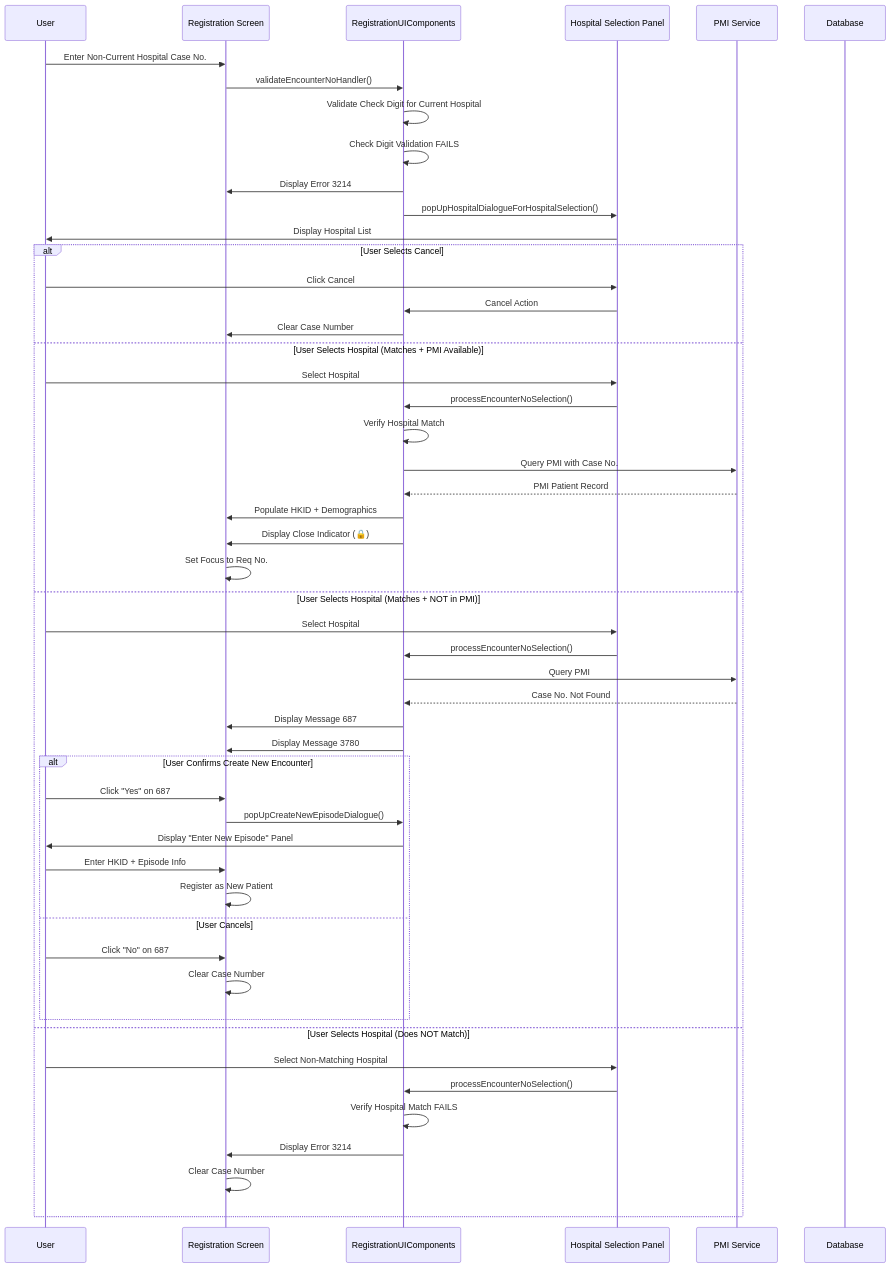
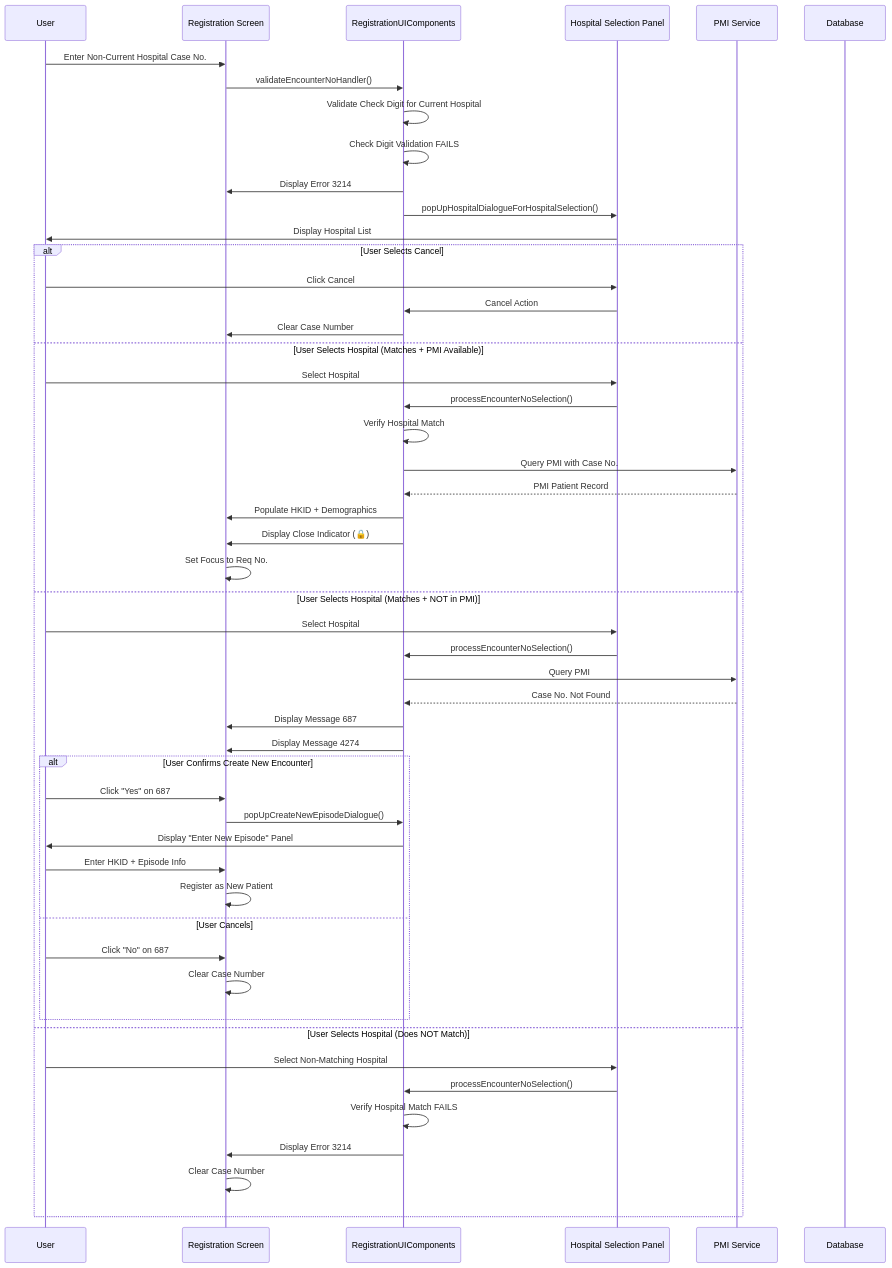
The third of 4 diagrams in Knowledge Base/01_Screens/Registration/Workflows/Retrieve Patient by Encounter Number.md (DragonChong/HA-Notes), drawn with Mermaid before and after one commit. The commit also changed other lines of this file and 1 other file, not shown here.

````diff
--- a/Knowledge Base/01_Screens/Registration/Workflows/Retrieve Patient by Encounter Number.md
+++ b/Knowledge Base/01_Screens/Registration/Workflows/Retrieve Patient by Encounter Number.md
@@ -277,55 +277,55 @@
 ```mermaid
 sequenceDiagram
     participant User
     participant RegScreen as Registration Screen
     participant RegUIComp as RegistrationUIComponents
     participant HospitalPanel as Hospital Selection Panel
     participant PMI as PMI Service
     participant Database
     
     User->>RegScreen: Enter Non-Current Hospital Case No.
     RegScreen->>RegUIComp: validateEncounterNoHandler()
     RegUIComp->>RegUIComp: Validate Check Digit for Current Hospital
     RegUIComp->>RegUIComp: Check Digit Validation FAILS
     RegUIComp->>RegScreen: Display Error 3214
     RegUIComp->>HospitalPanel: popUpHospitalDialogueForHospitalSelection()
     HospitalPanel->>User: Display Hospital List
     
     alt User Selects Cancel
         User->>HospitalPanel: Click Cancel
         HospitalPanel->>RegUIComp: Cancel Action
         RegUIComp->>RegScreen: Clear Case Number
     else User Selects Hospital (Matches + PMI Available)
         User->>HospitalPanel: Select Hospital
         HospitalPanel->>RegUIComp: processEncounterNoSelection()
         RegUIComp->>RegUIComp: Verify Hospital Match
         RegUIComp->>PMI: Query PMI with Case No.
         PMI-->>RegUIComp: PMI Patient Record
         RegUIComp->>RegScreen: Populate HKID + Demographics
         RegUIComp->>RegScreen: Display Close Indicator (🔒)
         RegScreen->>RegScreen: Set Focus to Req No.
     else User Selects Hospital (Matches + NOT in PMI)
         User->>HospitalPanel: Select Hospital
         HospitalPanel->>RegUIComp: processEncounterNoSelection()
         RegUIComp->>PMI: Query PMI
         PMI-->>RegUIComp: Case No. Not Found
         RegUIComp->>RegScreen: Display Message 687
-        RegUIComp->>RegScreen: Display Message 3780
+        RegUIComp->>RegScreen: Display Message 4274
         alt User Confirms Create New Encounter
             User->>RegScreen: Click "Yes" on 687
             RegScreen->>RegUIComp: popUpCreateNewEpisodeDialogue()
             RegUIComp->>User: Display "Enter New Episode" Panel
             User->>RegScreen: Enter HKID + Episode Info
             RegScreen->>RegScreen: Register as New Patient
         else User Cancels
             User->>RegScreen: Click "No" on 687
             RegScreen->>RegScreen: Clear Case Number
         end
     else User Selects Hospital (Does NOT Match)
         User->>HospitalPanel: Select Non-Matching Hospital
         HospitalPanel->>RegUIComp: processEncounterNoSelection()
         RegUIComp->>RegUIComp: Verify Hospital Match FAILS
         RegUIComp->>RegScreen: Display Error 3214
         RegScreen->>RegScreen: Clear Case Number
     end
 ```
````
